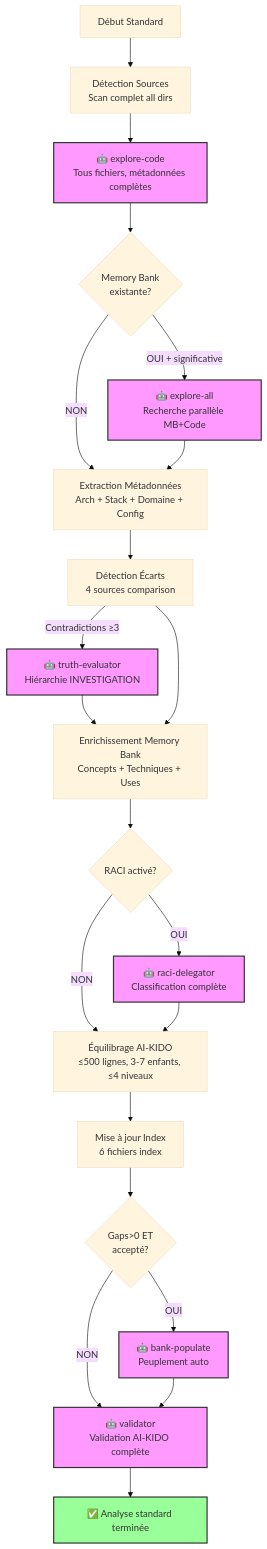
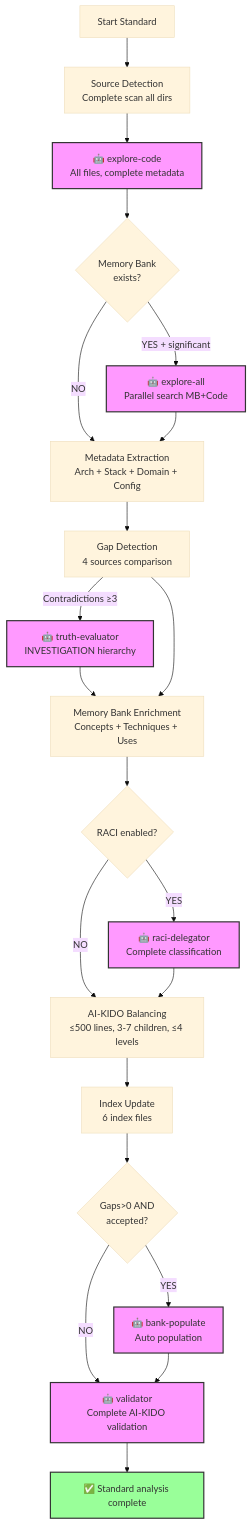
One commit to lcalmejane/aikido changed the diagram in prompts/hard_points/system/analyse/plans/plan-standard.md. Above: the diagram before and after it, drawn with Mermaid (base theme). The commit also changed other lines of this file and 159 other files, not shown here.

````diff
--- a/prompts/hard_points/system/analyse/plans/plan-standard.md
+++ b/prompts/hard_points/system/analyse/plans/plan-standard.md
@@ -277,38 +277,38 @@
 ```mermaid
 graph TB
-    START[Début Standard] --> DETECT[Détection Sources<br/>Scan complet all dirs]
-    DETECT --> SCAN[🤖 explore-code<br/>Tous fichiers, métadonnées complètes]
+    START[Start Standard] --> DETECT[Source Detection<br/>Complete scan all dirs]
+    DETECT --> SCAN[🤖 explore-code<br/>All files, complete metadata]
 
-    SCAN --> COND{Memory Bank<br/>existante?}
-    COND -->|OUI + significative| PARALLEL[🤖 explore-all<br/>Recherche parallèle MB+Code]
-    COND -->|NON| EXTRACT
+    SCAN --> COND{Memory Bank<br/>exists?}
+    COND -->|YES + significant| PARALLEL[🤖 explore-all<br/>Parallel search MB+Code]
+    COND -->|NO| EXTRACT
 
-    PARALLEL --> EXTRACT[Extraction Métadonnées<br/>Arch + Stack + Domaine + Config]
-    EXTRACT --> GAPS[Détection Écarts<br/>4 sources comparison]
+    PARALLEL --> EXTRACT[Metadata Extraction<br/>Arch + Stack + Domain + Config]
+    EXTRACT --> GAPS[Gap Detection<br/>4 sources comparison]
 
-    GAPS -->|Contradictions ≥3| TRUTH[🤖 truth-evaluator<br/>Hiérarchie INVESTIGATION]
+    GAPS -->|Contradictions ≥3| TRUTH[🤖 truth-evaluator<br/>INVESTIGATION hierarchy]
     TRUTH --> ENRICH
-    GAPS --> ENRICH[Enrichissement Memory Bank<br/>Concepts + Techniques + Uses]
+    GAPS --> ENRICH[Memory Bank Enrichment<br/>Concepts + Techniques + Uses]
 
-    ENRICH --> RACI{RACI activé?}
-    RACI -->|OUI| CLASSIFY[🤖 raci-delegator<br/>Classification complète]
-    RACI -->|NON| BALANCE
+    ENRICH --> RACI{RACI enabled?}
+    RACI -->|YES| CLASSIFY[🤖 raci-delegator<br/>Complete classification]
+    RACI -->|NO| BALANCE
 
-    CLASSIFY --> BALANCE[Équilibrage AI-KIDO<br/>≤500 lignes, 3-7 enfants, ≤4 niveaux]
-    BALANCE --> INDEX[Mise à jour Index<br/>6 fichiers index]
+    CLASSIFY --> BALANCE[AI-KIDO Balancing<br/>≤500 lines, 3-7 children, ≤4 levels]
+    BALANCE --> INDEX[Index Update<br/>6 index files]
 
-    INDEX --> POPULATE{Gaps>0 ET<br/>accepté?}
-    POPULATE -->|OUI| BANKPOP[🤖 bank-populate<br/>Peuplement auto]
-    POPULATE -->|NON| VALIDATE
+    INDEX --> POPULATE{Gaps>0 AND<br/>accepted?}
+    POPULATE -->|YES| BANKPOP[🤖 bank-populate<br/>Auto population]
+    POPULATE -->|NO| VALIDATE
 
-    BANKPOP --> VALIDATE[🤖 validator<br/>Validation AI-KIDO complète]
-    VALIDATE --> END[✅ Analyse standard terminée]
+    BANKPOP --> VALIDATE[🤖 validator<br/>Complete AI-KIDO validation]
+    VALIDATE --> END[✅ Standard analysis complete]
 
     style SCAN fill:#f9f,stroke:#333,stroke-width:2px
     style PARALLEL fill:#f9f,stroke:#333,stroke-width:2px
     style TRUTH fill:#f9f,stroke:#333,stroke-width:2px
     style CLASSIFY fill:#f9f,stroke:#333,stroke-width:2px
     style BANKPOP fill:#f9f,stroke:#333,stroke-width:2px
     style VALIDATE fill:#f9f,stroke:#333,stroke-width:2px
     style END fill:#9f9,stroke:#333,stroke-width:2px
 ```
````
